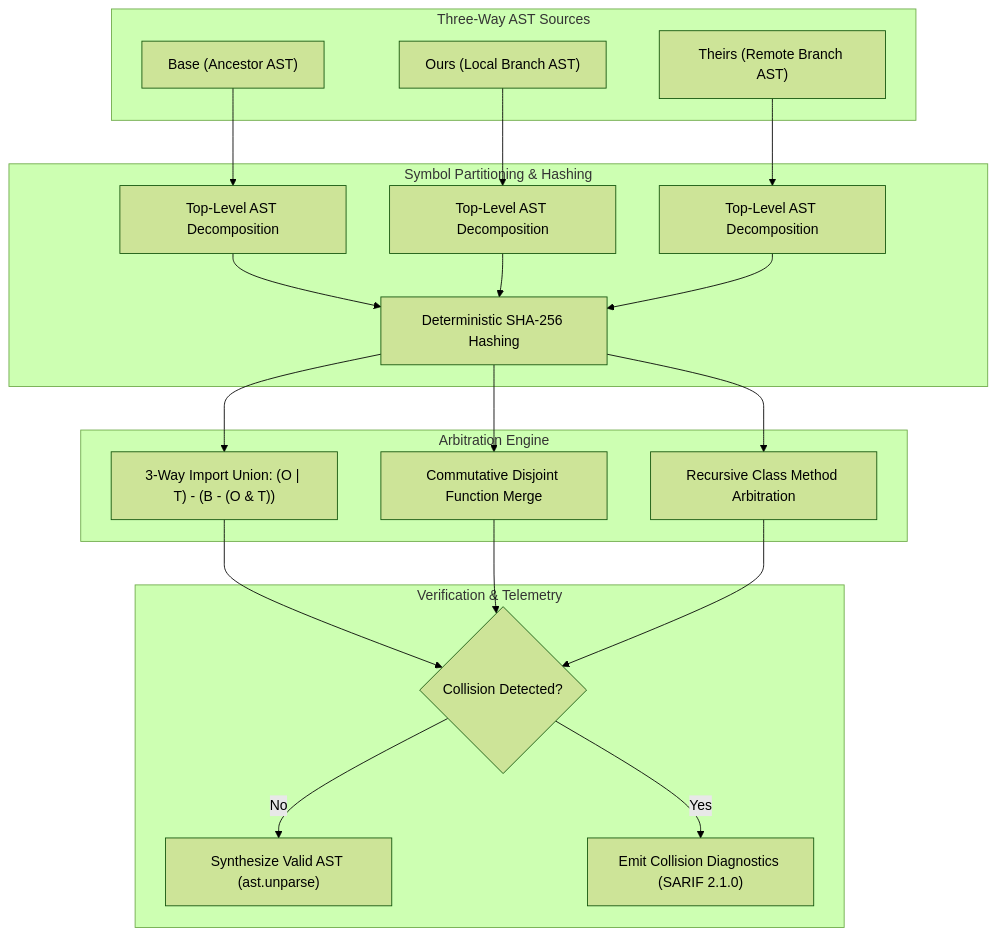
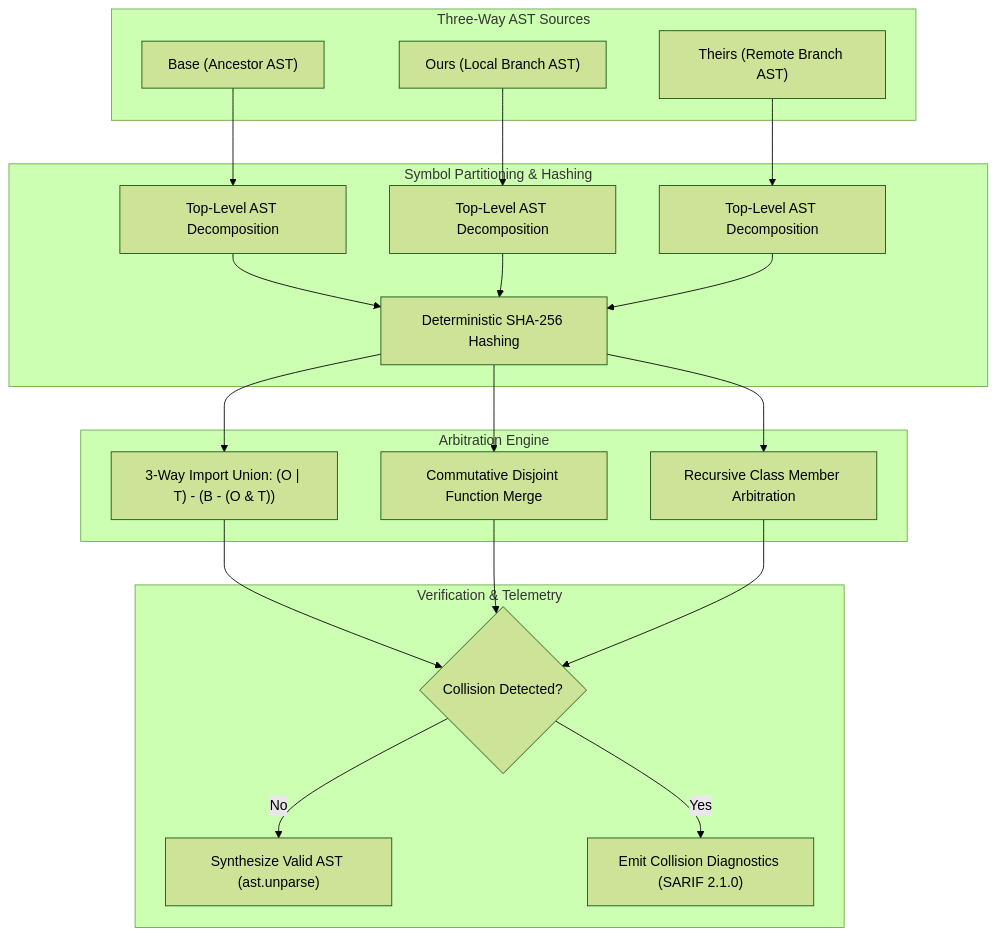
Before and after one commit to dan-petty/vibes: the diagram in observations/systems/35-3-way-ast-semantic-reconciliation-and-worktree-collision-arbitration.md, drawn with Mermaid (forest theme). The commit also changed other lines of this file and 7 other files, not shown here.

````diff
--- a/observations/systems/35-3-way-ast-semantic-reconciliation-and-worktree-collision-arbitration.md
+++ b/observations/systems/35-3-way-ast-semantic-reconciliation-and-worktree-collision-arbitration.md
@@ -54,27 +54,27 @@
 ```mermaid
 flowchart TD
     subgraph "Three-Way AST Sources"
         B["Base (Ancestor AST)"]
         O["Ours (Local Branch AST)"]
         T["Theirs (Remote Branch AST)"]
     end
 
     subgraph "Symbol Partitioning & Hashing"
         B --> PB["Top-Level AST Decomposition"]
         O --> PO["Top-Level AST Decomposition"]
         T --> PT["Top-Level AST Decomposition"]
         PB & PO & PT --> SH["Deterministic SHA-256 Hashing"]
     end
 
     subgraph "Arbitration Engine"
         SH --> IU["3-Way Import Union: (O | T) - (B - (O & T))"]
         SH --> CF["Commutative Disjoint Function Merge"]
-        SH --> CM["Recursive Class Method Arbitration"]
+        SH --> CM["Recursive Class Member Arbitration"]
     end
 
     subgraph "Verification & Telemetry"
         IU & CF & CM --> VAL{"Collision Detected?"}
         VAL -- "No" --> CODE["Synthesize Valid AST (ast.unparse)"]
         VAL -- "Yes" --> DIAG["Emit Collision Diagnostics (SARIF 2.1.0)"]
     end
 ```
````
